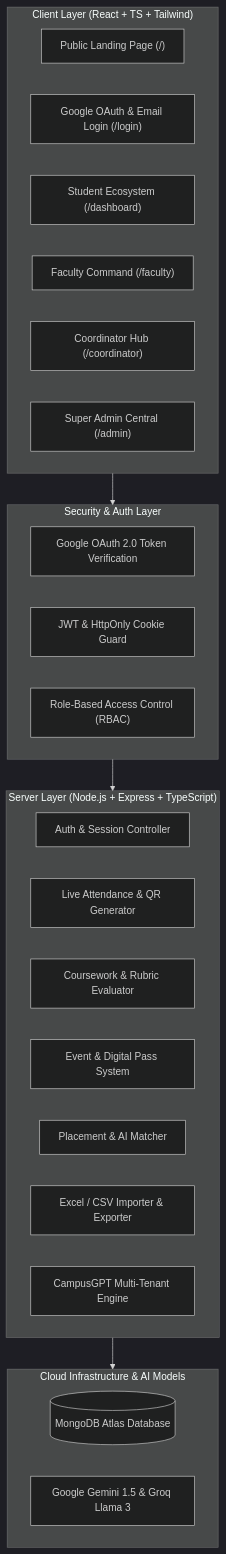
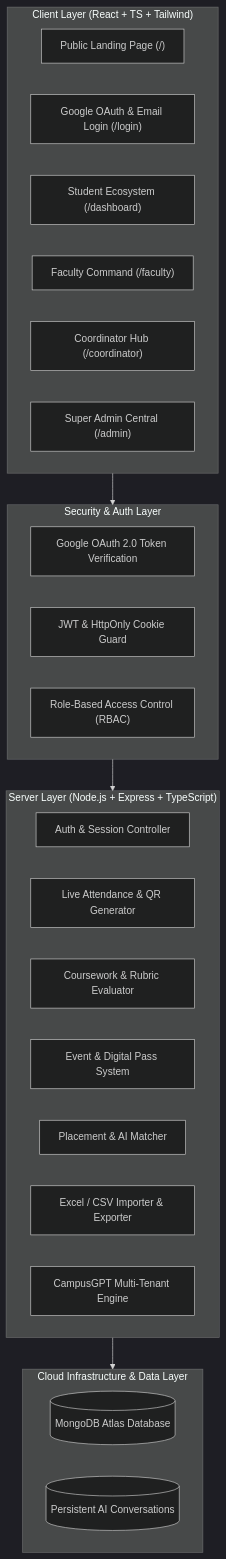
One commit to sohanmehar/project-campus changed the first of 2 diagrams in README.md. Above: the diagram before and after it, drawn with Mermaid (dark theme). The commit also changed other lines of this file and 3 other files, not shown here.

````diff
--- a/README.md
+++ b/README.md
@@ -38,36 +38,36 @@
 ```mermaid
 flowchart TD
     subgraph Client ["Client Layer (React + TS + Tailwind)"]
         Landing["Public Landing Page (/)"]
         AuthView["Google OAuth & Email Login (/login)"]
         StudentPortal["Student Ecosystem (/dashboard)"]
         FacultyPortal["Faculty Command (/faculty)"]
         CoordPortal["Coordinator Hub (/coordinator)"]
         AdminPortal["Super Admin Central (/admin)"]
     end
 
     subgraph Security ["Security & Auth Layer"]
         GoogleVerify["Google OAuth 2.0 Token Verification"]
         JWTMiddleware["JWT & HttpOnly Cookie Guard"]
         RBAC["Role-Based Access Control (RBAC)"]
     end
 
     subgraph Server ["Server Layer (Node.js + Express + TypeScript)"]
         AuthService["Auth & Session Controller"]
         AttendanceEngine["Live Attendance & QR Generator"]
         AssignmentEngine["Coursework & Rubric Evaluator"]
         EventEngine["Event & Digital Pass System"]
         PlacementEngine["Placement & AI Matcher"]
         AdminEngine["Excel / CSV Importer & Exporter"]
         AICopilot["CampusGPT Multi-Tenant Engine"]
     end
 
-    subgraph Storage ["Cloud Infrastructure & AI Models"]
+    subgraph Storage ["Cloud Infrastructure & Data Layer"]
         MongoAtlas[("MongoDB Atlas Database")]
-        GeminiGroq["Google Gemini 1.5 & Groq Llama 3"]
+        AIChatStore[("Persistent AI Conversations")]
     end
 
     Client --> Security
     Security --> Server
     Server --> Storage
 ```
````
